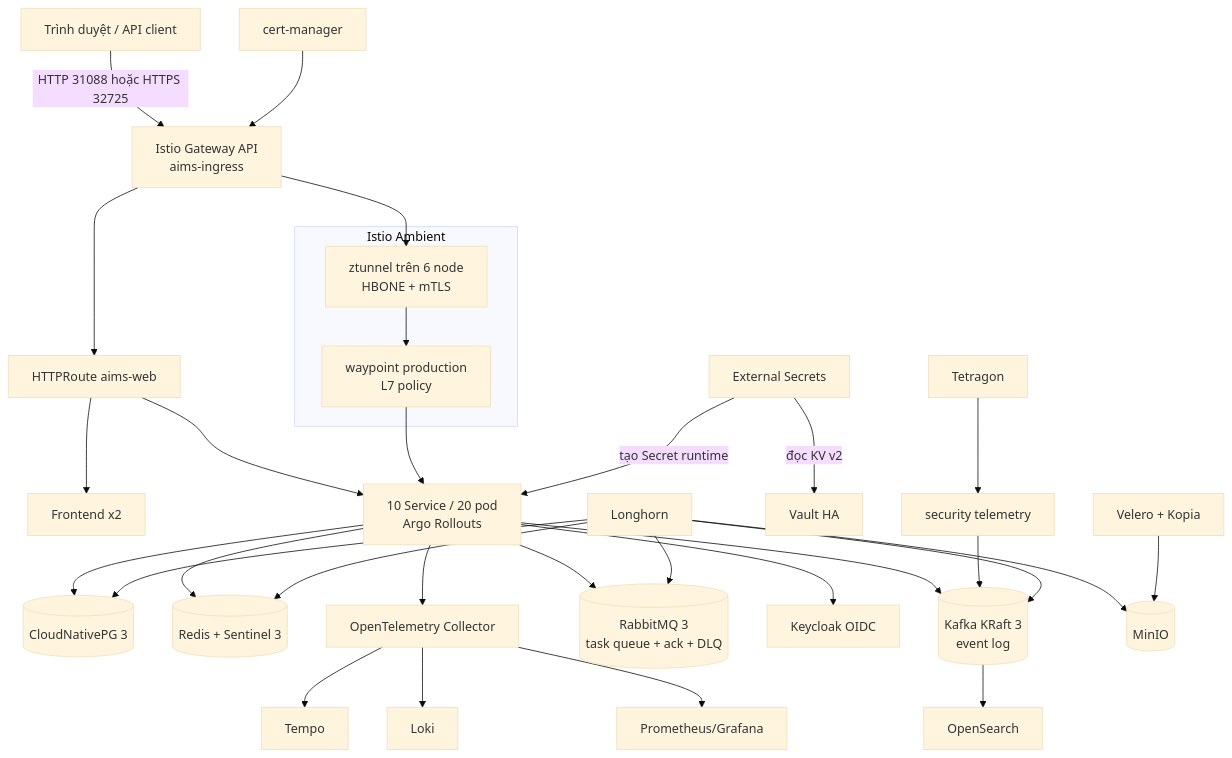
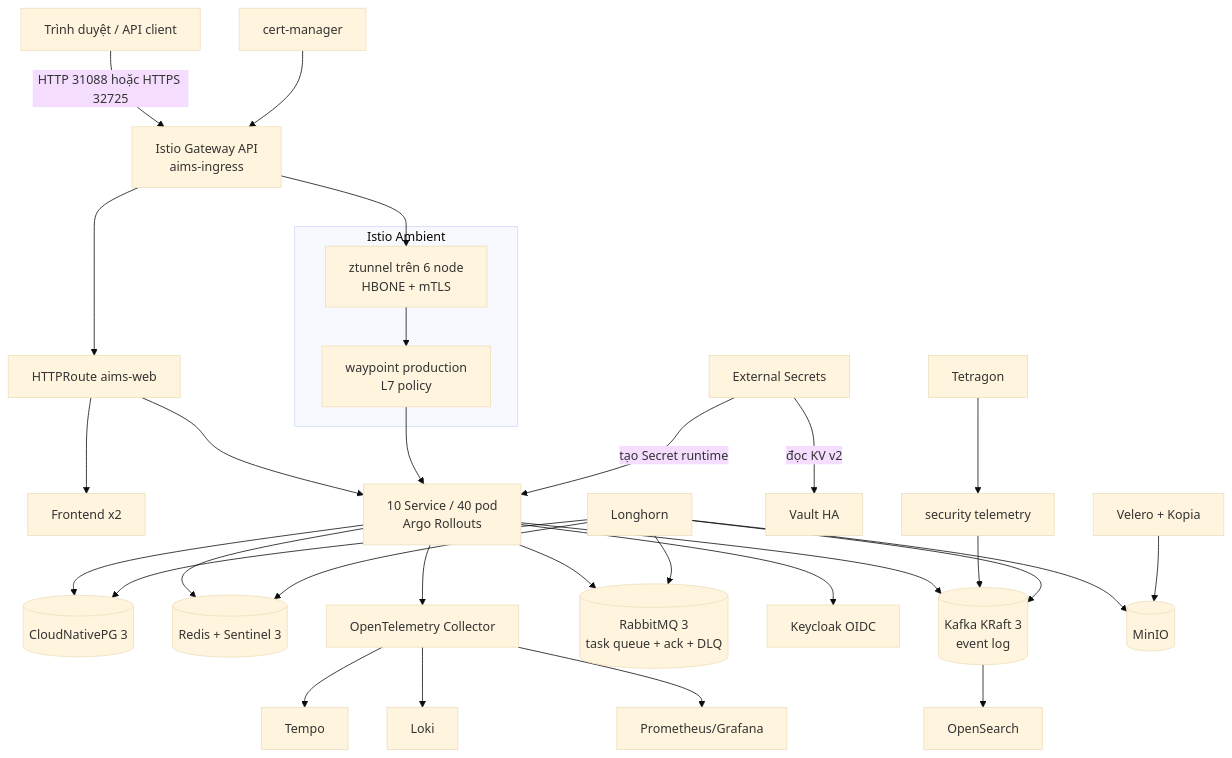
Before and after one commit to tndat-dev/An-Internet-Media-Store: the first of 8 diagrams in AIMS_OPERATION_FLOW_REPORT.md, drawn with Mermaid (base theme). The commit also changed other lines of this file and 22 other files, not shown here.

````diff
--- a/AIMS_OPERATION_FLOW_REPORT.md
+++ b/AIMS_OPERATION_FLOW_REPORT.md
@@ -34,36 +34,36 @@
 ```mermaid
 flowchart TB
     U[Trình duyệt / API client] -->|HTTP 31088 hoặc HTTPS 32725| IG[Istio Gateway API<br/>aims-ingress]
     IG --> RT[HTTPRoute aims-web]
     RT --> FE[Frontend x2]
-    RT --> API[10 Service / 20 pod<br/>Argo Rollouts]
+    RT --> API[10 Service / 40 pod<br/>Argo Rollouts]
 
     subgraph Ambient[Istio Ambient]
       Z[ztunnel trên 6 node<br/>HBONE + mTLS]
       WP[waypoint production<br/>L7 policy]
     end
     IG --> Z --> WP --> API
 
     API --> PG[(CloudNativePG 3)]
     API --> RD[(Redis + Sentinel 3)]
     API --> KF[(Kafka KRaft 3<br/>event log)]
     API --> RMQ[(RabbitMQ 3<br/>task queue + ack + DLQ)]
     API --> KC[Keycloak OIDC]
     API --> OT[OpenTelemetry Collector]
 
     OT --> PR[Prometheus/Grafana]
     OT --> LK[Loki]
     OT --> TP[Tempo]
     TG[Tetragon] --> ST[security telemetry]
     ST --> KF --> OS[OpenSearch]
 
     ESO[External Secrets] -->|đọc KV v2| VA[Vault HA]
     ESO -->|tạo Secret runtime| API
     CM[cert-manager] --> IG
     LH[Longhorn] --> PG
     LH --> RD
     LH --> KF
     LH --> RMQ
     LH --> MN[(MinIO)]
     VE[Velero + Kopia] --> MN
 ```
````
